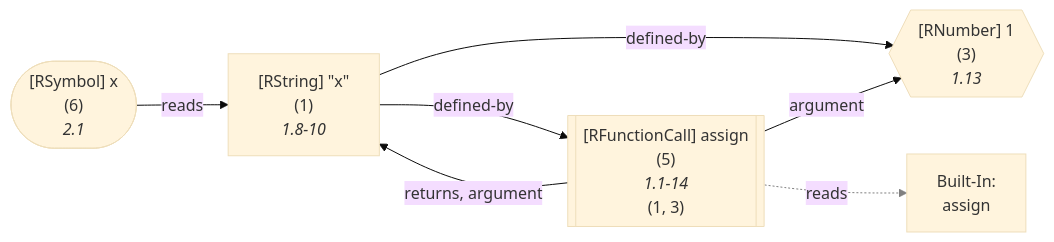
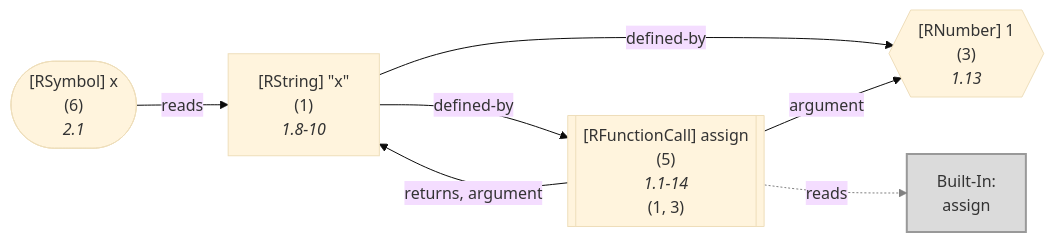
Before and after one commit to flowr-analysis/flowr: diagram 20 of 48 in wiki/Dataflow Graph.md, drawn with Mermaid (base theme). The commit also changed other lines of this file and 4 other files, not shown here.

````diff
--- a/wiki/Dataflow Graph.md
+++ b/wiki/Dataflow Graph.md
@@ -2877,25 +2936,26 @@
 ```mermaid
 flowchart LR
     3{{"`#91;RNumber#93; 1
       (3)
       *1.13*`"}}
     1["`#91;RString#93; #34;x#34;
       (1)
       *1.8-10*`"]
     5[["`#91;RFunctionCall#93; assign
       (5)
       *1.1-14*
     (1, 3)`"]]
     built-in:assign["`Built-In:
 assign`"]
+    style built-in:assign stroke:gray,fill:lightgray,stroke-width:2px,opacity:.8;
     6(["`#91;RSymbol#93; x
       (6)
       *2.1*`"])
     1 -->|"defined-by"| 3
     1 -->|"defined-by"| 5
     5 -->|"argument"| 3
     5 -->|"returns, argument"| 1
     5 -.->|"reads"| built-in:assign
     linkStyle 4 stroke:gray;
     6 -->|"reads"| 1
 ```
````
